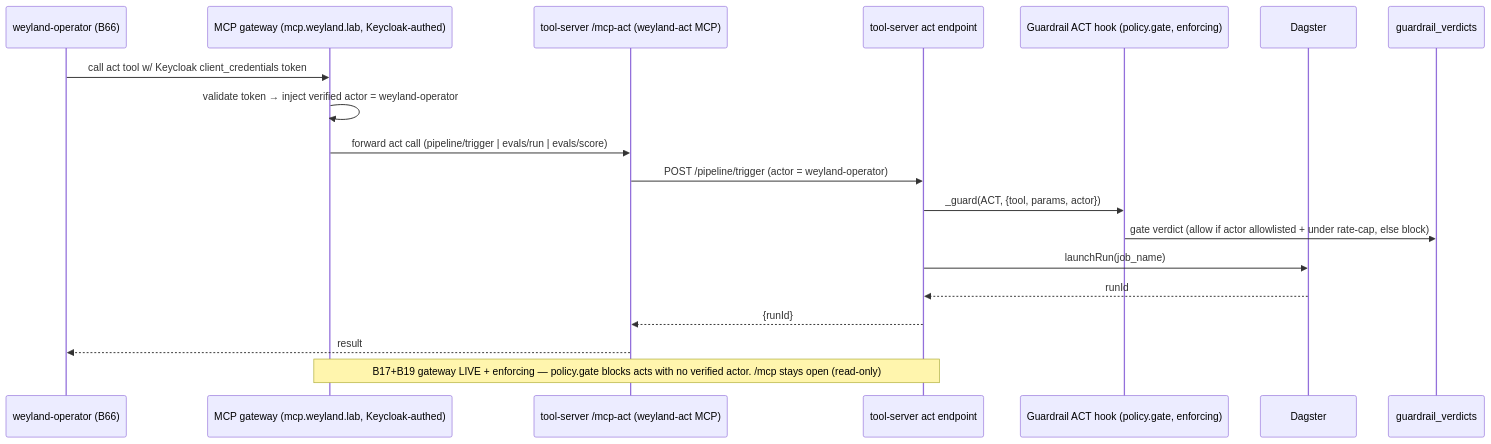
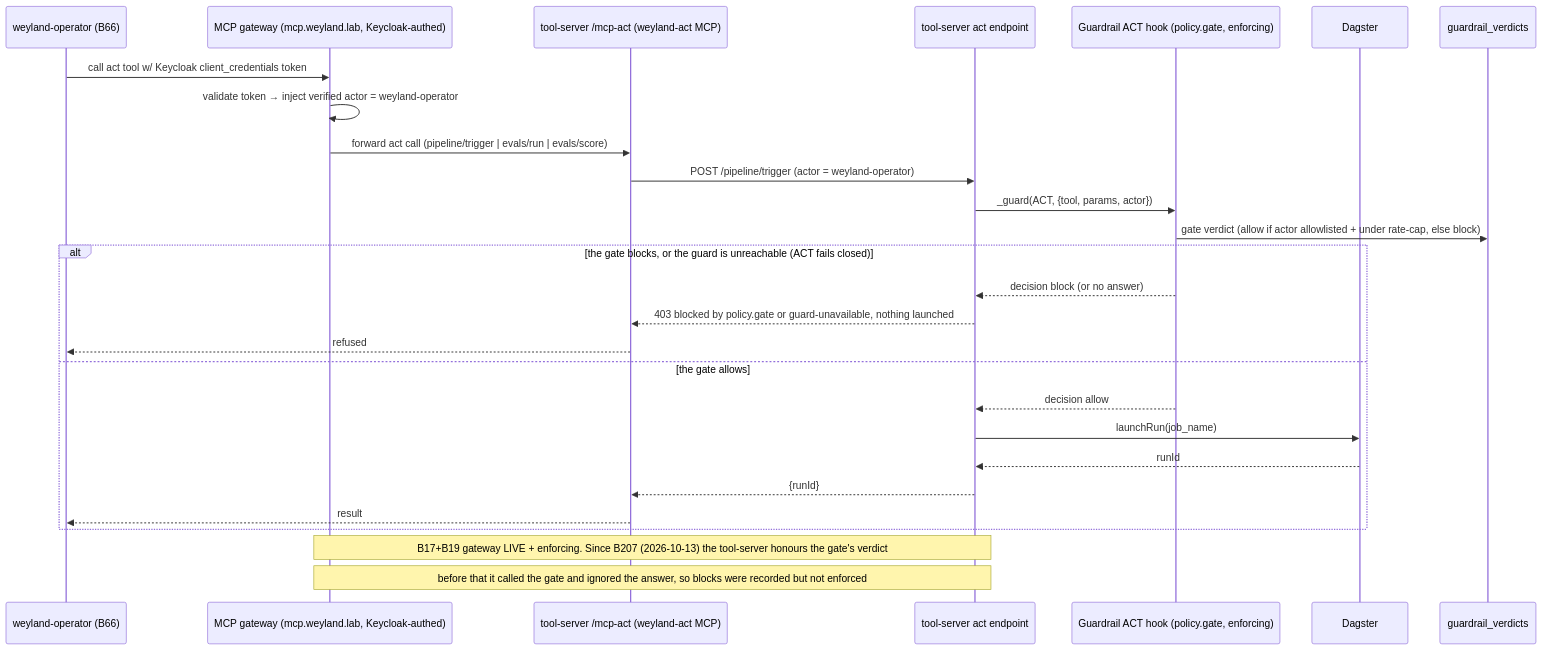
Before and after one commit to edtbl76/weyland-lab: the diagram in docs/diagrams/flow-act-tool.md, drawn with Mermaid. The commit also changed 12 other files, not shown here.

First line of the commit message:
**Enforce Act Guard in Weyland Tool-Server**

````diff
--- a/docs/diagrams/flow-act-tool.md
+++ b/docs/diagrams/flow-act-tool.md
@@ -10,21 +10,29 @@
 ```mermaid
 sequenceDiagram
     participant Op as weyland-operator (B66)
     participant GW as MCP gateway (mcp.weyland.lab, Keycloak-authed)
     participant MA as tool-server /mcp-act (weyland-act MCP)
     participant TS as tool-server act endpoint
     participant G as Guardrail ACT hook (policy.gate, enforcing)
     participant Dag as Dagster
     participant PG as guardrail_verdicts
     Op->>GW: call act tool w/ Keycloak client_credentials token
     GW->>GW: validate token → inject verified actor = weyland-operator
     GW->>MA: forward act call (pipeline/trigger | evals/run | evals/score)
     MA->>TS: POST /pipeline/trigger (actor = weyland-operator)
     TS->>G: _guard(ACT, {tool, params, actor})
     G->>PG: gate verdict (allow if actor allowlisted + under rate-cap, else block)
-    TS->>Dag: launchRun(job_name)
-    Dag-->>TS: runId
-    TS-->>MA: {runId}
-    MA-->>Op: result
-    Note over GW,TS: B17+B19 gateway LIVE + enforcing — policy.gate blocks acts with no verified actor. /mcp stays open (read-only)
+    alt the gate blocks, or the guard is unreachable (ACT fails closed)
+        G-->>TS: decision block (or no answer)
+        TS-->>MA: 403 blocked by policy.gate or guard-unavailable, nothing launched
+        MA-->>Op: refused
+    else the gate allows
+        G-->>TS: decision allow
+        TS->>Dag: launchRun(job_name)
+        Dag-->>TS: runId
+        TS-->>MA: {runId}
+        MA-->>Op: result
+    end
+    Note over GW,TS: B17+B19 gateway LIVE + enforcing. Since B207 (2026-10-13) the tool-server honours the gate's verdict
+    Note over GW,TS: before that it called the gate and ignored the answer, so blocks were recorded but not enforced
 ```
````
